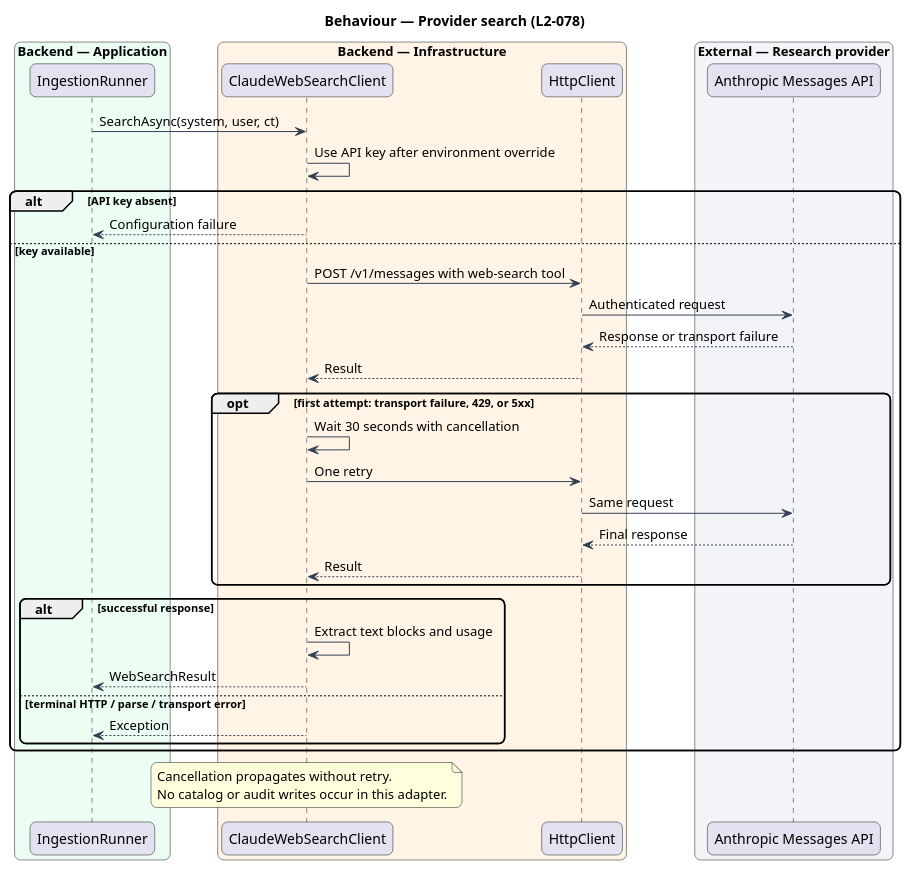
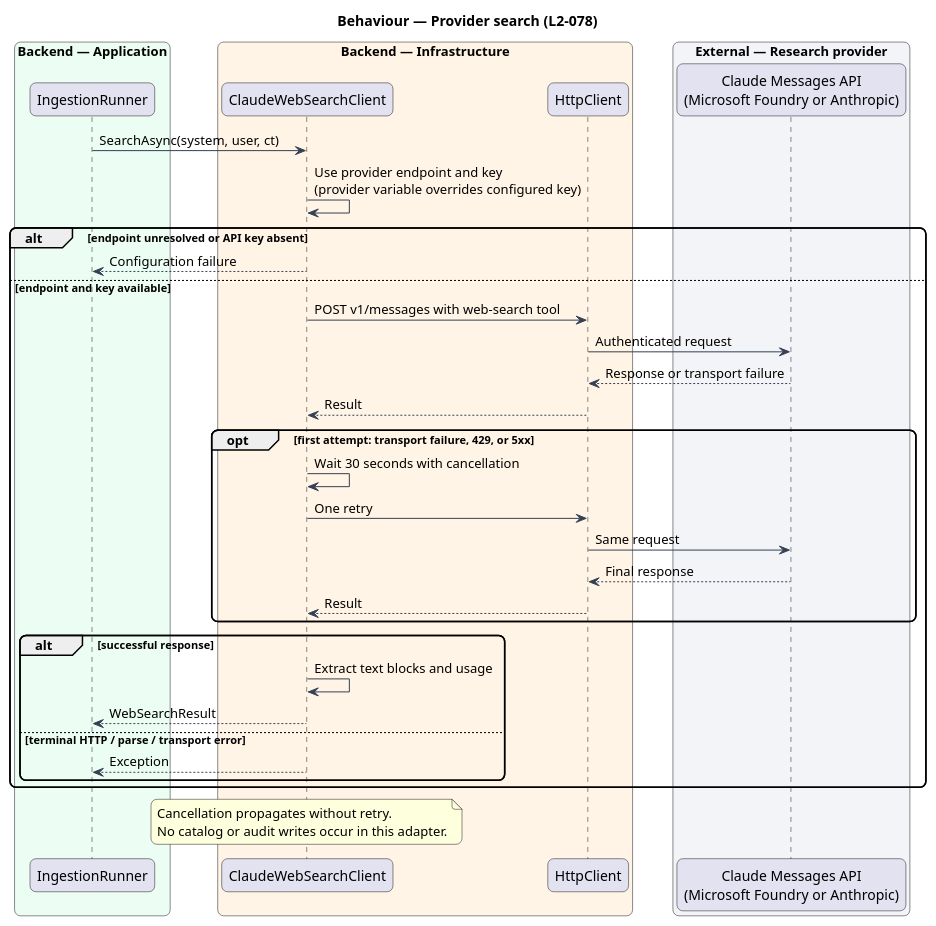
One commit to QuinntyneBrown/saturdaze changed the diagram in docs/detailed-designs/discovery/ingest-catalogs/diagrams/sequence-provider-search.puml. Above: the diagram before and after it, drawn with PlantUML. The commit also changed 32 other files, not shown here.

First line of the commit message:
Route catalog ingestion through Claude on Microsoft Foundry

```diff
--- a/docs/detailed-designs/discovery/ingest-catalogs/diagrams/sequence-provider-search.puml
+++ b/docs/detailed-designs/discovery/ingest-catalogs/diagrams/sequence-provider-search.puml
@@ -1,46 +1,46 @@
 @startuml
 skinparam backgroundColor #FFFFFF
 skinparam shadowing false
 skinparam roundcorner 12
 skinparam defaultFontName Arial
 skinparam ArrowColor #344054
 
 title Behaviour — Provider search (L2-078)
 box "Backend — Application" #ECFDF3
  participant IngestionRunner as runner
 end box
 box "Backend — Infrastructure" #FFF4E5
  participant ClaudeWebSearchClient as client
  participant HttpClient as http
 end box
 box "External — Research provider" #F2F4F7
- participant "Anthropic Messages API" as provider
+ participant "Claude Messages API\n(Microsoft Foundry or Anthropic)" as provider
 end box
 runner -> client : SearchAsync(system, user, ct)
-client -> client : Use API key after environment override
-alt API key absent
+client -> client : Use provider endpoint and key\n(provider variable overrides configured key)
+alt endpoint unresolved or API key absent
  client --> runner : Configuration failure
-else key available
- client -> http : POST /v1/messages with web-search tool
+else endpoint and key available
+ client -> http : POST v1/messages with web-search tool
  http -> provider : Authenticated request
  provider --> http : Response or transport failure
  http --> client : Result
  opt first attempt: transport failure, 429, or 5xx
  client -> client : Wait 30 seconds with cancellation
  client -> http : One retry
  http -> provider : Same request
  provider --> http : Final response
  http --> client : Result
  end
  alt successful response
  client -> client : Extract text blocks and usage
  client --> runner : WebSearchResult
  else terminal HTTP / parse / transport error
  client --> runner : Exception
  end
 end
 note over client
 Cancellation propagates without retry.
 No catalog or audit writes occur in this adapter.
 end note
 @enduml
```
